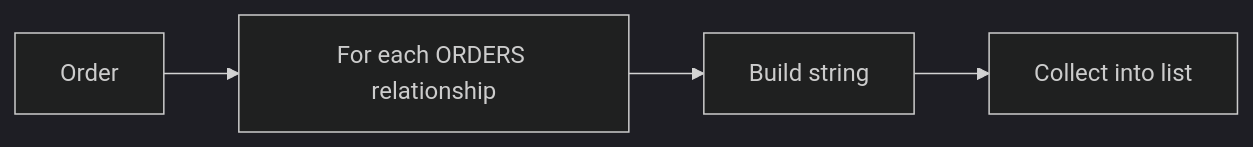
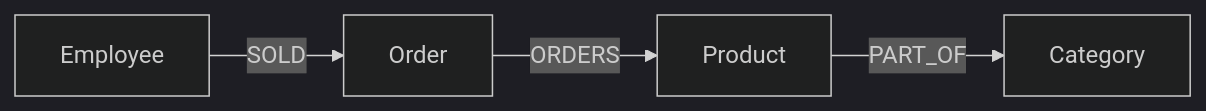
The fourth of 4 diagrams in asciidoc/courses/workshop-importing/modules/4-querying-data/lessons/3-pattern-matching/lesson.adoc (neo4j-graphacademy/courses), drawn with Mermaid (dark theme) before and after one commit. The commit also changed other lines of this file and 32 other files, not shown here.

````diff
--- a/asciidoc/courses/workshop-importing/modules/4-querying-data/lessons/3-pattern-matching/lesson.adoc
+++ b/asciidoc/courses/workshop-importing/modules/4-querying-data/lessons/3-pattern-matching/lesson.adoc
@@ -215,6 +166,7 @@
-```mermaid
-flowchart LR
-    A[Order] --> B[For each ORDERS relationship]
-    B --> C[Build string]
-    C --> D[Collect into list]
-```
+[mermaid]
+....
+graph LR
+    A[Employee] -->|SOLD| B[Order]
+    B -->|ORDERS| C[Product]
+    C -->|PART_OF| D[Category]
+....
````
